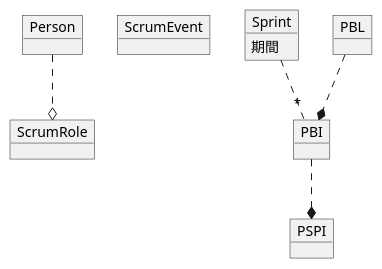
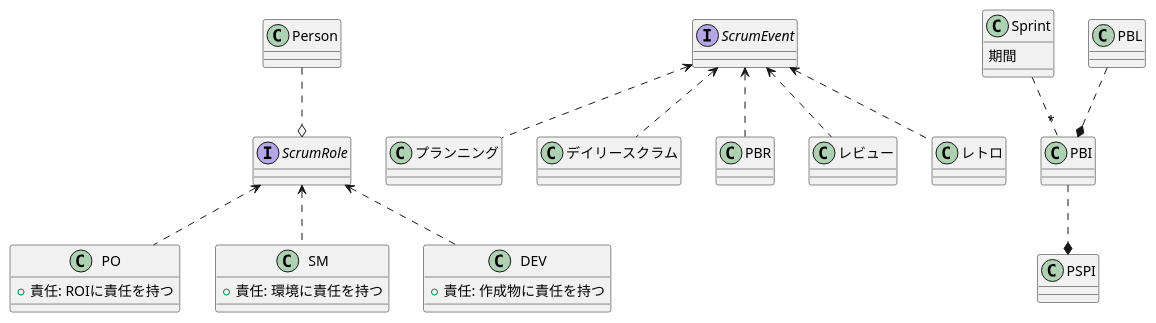
The diagram in homework/6th/mizukami.md (JORI-RT/DDD), drawn with PlantUML before and after one commit.

Commit message:
add interface

````diff
--- a/homework/6th/mizukami.md
+++ b/homework/6th/mizukami.md
@@ -1,18 +1,39 @@
 ``` puml
 @startuml
-Object Person
-Object ScrumRole
-Object ScrumEvent
-Object Sprint
+class Person
+interface ScrumRole
+interface ScrumEvent
+class Sprint
 Sprint : 期間
-Object PBL
-Object PBI
-Object PSPI
+class PBL
+class PBI
+class PSPI
+class PO
+PO : + 責任: ROIに責任を持つ
+class SM
+SM : + 責任: 環境に責任を持つ
+class DEV
+DEV : + 責任: 作成物に責任を持つ
+
+class プランニング
+class デイリースクラム
+class PBR
+class レビュー
+class レトロ
 
 Person ..o ScrumRole
 Sprint .."*" PBI
 
 PBI ..* PSPI
 PBL ..* PBI
+ScrumRole <.. PO
+ScrumRole <.. SM
+ScrumRole <.. DEV
+
+ScrumEvent <.. プランニング
+ScrumEvent <.. デイリースクラム
+ScrumEvent <.. PBR
+ScrumEvent <.. レビュー
+ScrumEvent <.. レトロ
 @enduml
 ```
````
